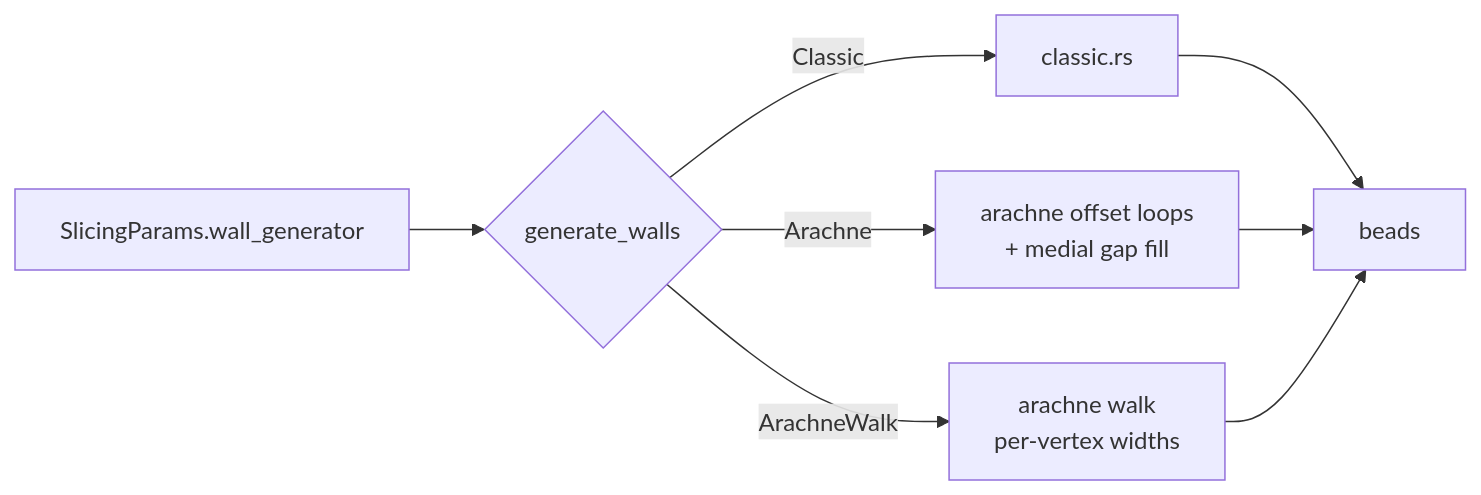
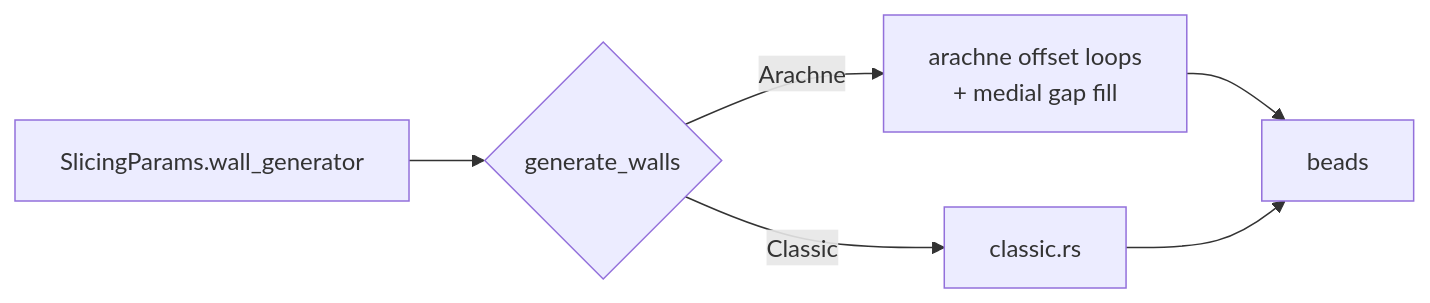
The diagram in src/walls/README.md (ColdCrabby/slicer), drawn with Mermaid before and after one commit. The commit also changed other lines of this file and 9 other files, not shown here.

First line of the commit message:
Refactor Arachne wall generation: remove ArachneWalk and simplify wall parameters

````diff
--- a/src/walls/README.md
+++ b/src/walls/README.md
@@ -44,10 +42,8 @@
 ```mermaid
 flowchart LR
   P[SlicingParams.wall_generator] --> D{generate_walls}
+  D -->|Arachne| A[arachne offset loops<br/>+ medial gap fill]
   D -->|Classic| C[classic.rs]
-  D -->|Arachne| A[arachne offset loops<br/>+ medial gap fill]
-  D -->|ArachneWalk| W[arachne walk<br/>per-vertex widths]
-  C --> B[beads]
-  A --> B
-  W --> B
+  A --> B[beads]
+  C --> B
 ```
````
